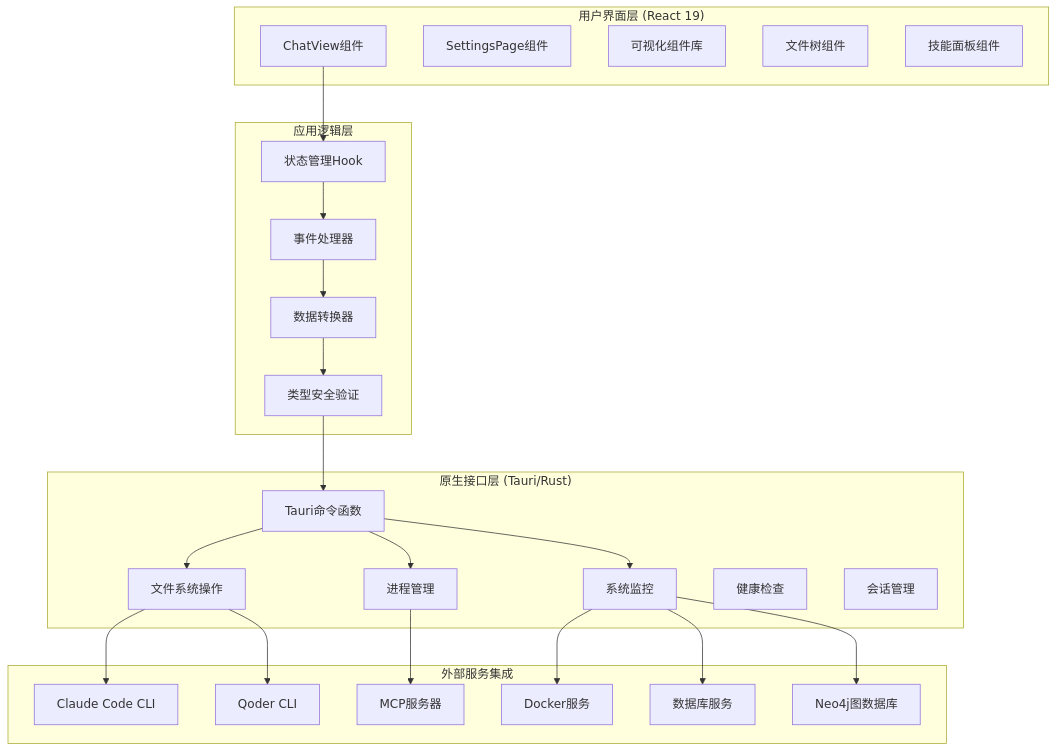
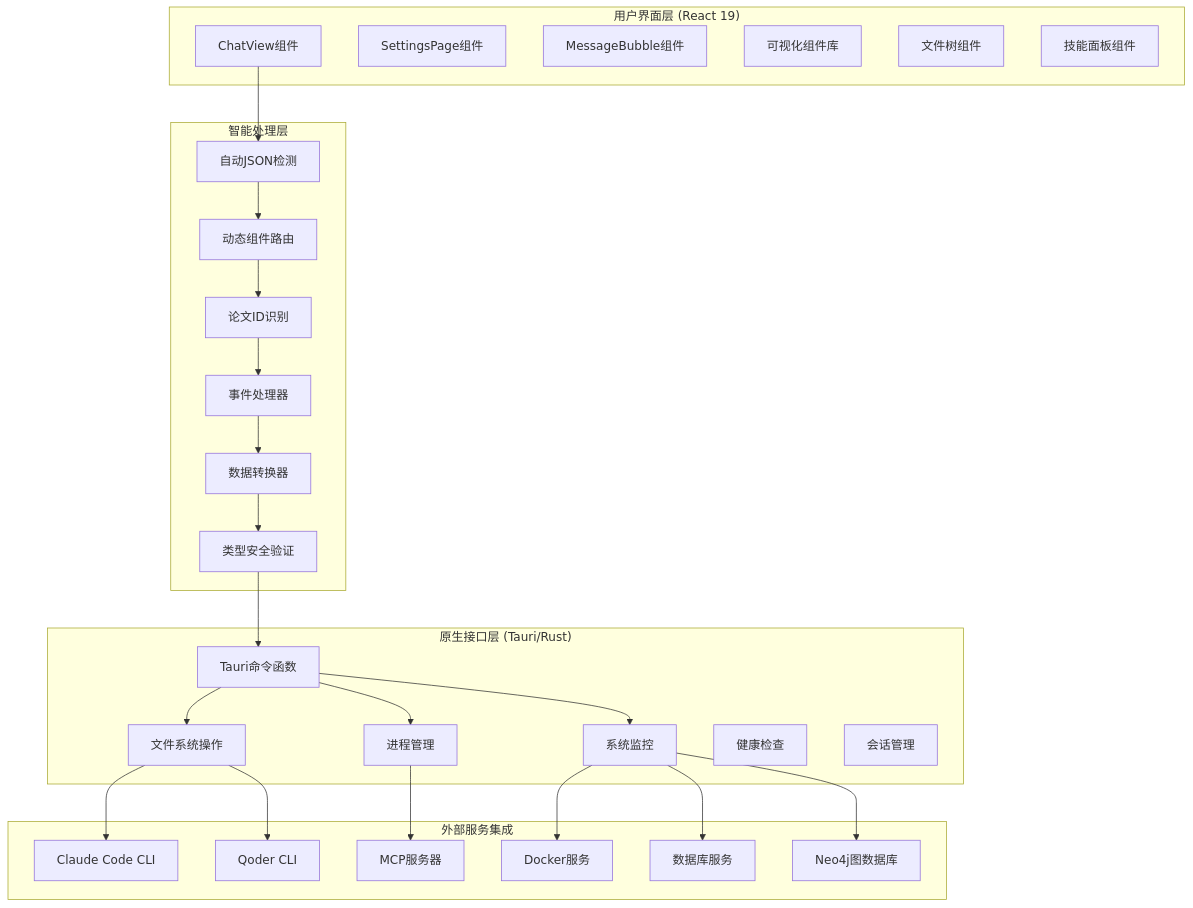
Before and after one commit to 1173591564/academic-based-qoder: the third of 11 diagrams in .qoder/repowiki/zh/content/部署与运维/桌面应用程序基础设施.md, drawn with Mermaid. The commit also changed other lines of this file and 37 other files, not shown here.

````diff
--- a/.qoder/repowiki/zh/content/部署与运维/桌面应用程序基础设施.md
+++ b/.qoder/repowiki/zh/content/部署与运维/桌面应用程序基础设施.md
@@ -158,46 +167,51 @@
 ```mermaid
 graph TB
 subgraph "用户界面层 (React 19)"
 A[ChatView组件]
 B[SettingsPage组件]
-C[可视化组件库]
-D[文件树组件]
-E[技能面板组件]
+C[MessageBubble组件]
+D[可视化组件库]
+E[文件树组件]
+F[技能面板组件]
 end
-subgraph "应用逻辑层"
-F[状态管理Hook]
-G[事件处理器]
-H[数据转换器]
-I[类型安全验证]
+subgraph "智能处理层"
+G[自动JSON检测]
+H[动态组件路由]
+I[论文ID识别]
+J[事件处理器]
+K[数据转换器]
+L[类型安全验证]
 end
 subgraph "原生接口层 (Tauri/Rust)"
-J[Tauri命令函数]
-K[文件系统操作]
-L[进程管理]
-M[系统监控]
-N[健康检查]
-O[会话管理]
+M[Tauri命令函数]
+N[文件系统操作]
+O[进程管理]
+P[系统监控]
+Q[健康检查]
+R[会话管理]
 end
 subgraph "外部服务集成"
-P[Claude Code CLI]
-Q[Qoder CLI]
-R[MCP服务器]
-S[Docker服务]
-T[数据库服务]
-U[Neo4j图数据库]
+S[Claude Code CLI]
+T[Qoder CLI]
+U[MCP服务器]
+V[Docker服务]
+W[数据库服务]
+X[Neo4j图数据库]
 end
-A --> F
-F --> G
+A --> G
 G --> H
 H --> I
 I --> J
 J --> K
-J --> L
-J --> M
-K --> P
-K --> Q
-L --> R
-M --> S
-M --> T
-M --> U
+K --> L
+L --> M
+M --> N
+M --> O
+M --> P
+N --> S
+N --> T
+O --> U
+P --> V
+P --> W
+P --> X
 ```
````
